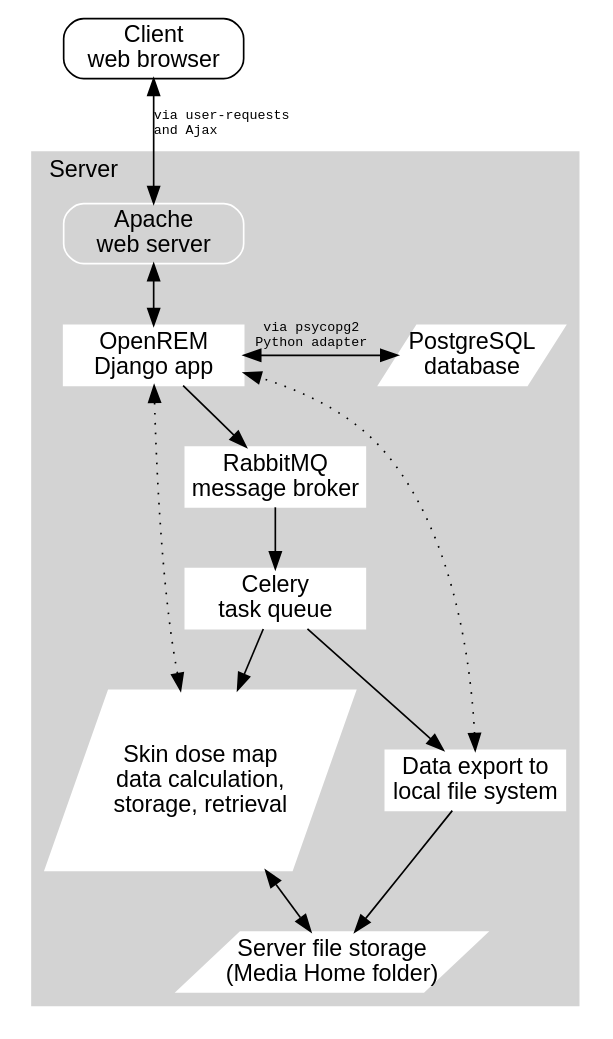
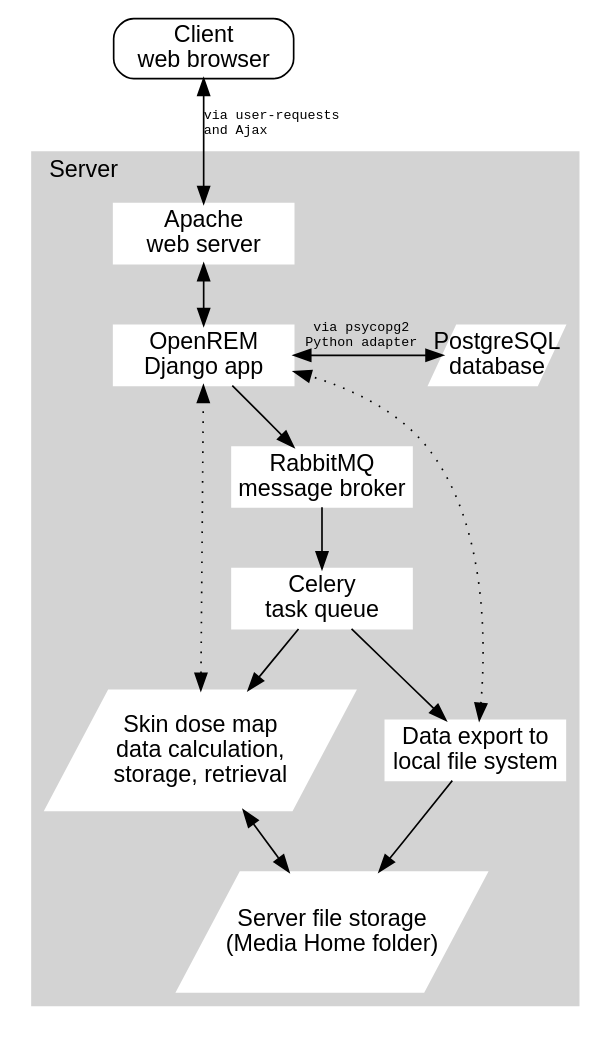
One commit to ckswilliams/modOpenREM changed the first of 2 diagrams in docs/testgraphviz.rst. Above: the diagram before and after it, drawn with Graphviz. The commit also changed other lines of this file, not shown here.

Commit message:
Trying to sort out size issue and some shapes. References issue #448

```diff
--- a/docs/testgraphviz.rst
+++ b/docs/testgraphviz.rst
@@ -7,46 +7,46 @@
 .. graphviz::
 
    digraph {
       node [fixedsize=true width=1.5];
 
       // Define the things on the server
       subgraph cluster_server {
          label="Server";
          tooltip="The server";
          labeljust=l;
          fontname="Helvetica";
          style=filled;
          color=lightgrey;
          node [style=filled color=white];
 
          // Define the nodes
-         webserver [label="Apache\nweb server" fontname="Helvetica" tooltip="Serve web pages to the user" shape="box" style="rounded"];
+         webserver [label="Apache\nweb server" fontname="Helvetica" tooltip="Serve web pages to the user" shape="box"];
          python_django [label="OpenREM\nDjango app" fontname="Helvetica" tooltip="Python web framework" shape="box"];
-         database [label="PostgreSQL\ndatabase" fontname="Helvetica" tooltip="Relational database management system" shape="parallelogram"];
+         database [label="PostgreSQL\ndatabase" fontname="Helvetica" tooltip="Relational database management system" shape="parallelogram" width="1.1"];
          rabbitmq [label="RabbitMQ\nmessage broker" fontname="Helvetica" tooltip="Message broker" shape="box"];
          celery [label="Celery\ntask queue" fontname="Helvetica" tooltip="Asynchronous task queue" shape="polygon sides=6"];
-         skin_dose_map_data [label="Skin dose map\ndata calculation,\nstorage, retrieval" fontname="Helvetica" tooltip="Calculate, store and retrieve skin dose map data" shape="parallelogram" width="2.5" height="1.5"];
-         server_media_folder [label="Server file storage\n(Media Home folder)" fontname="Helvetica" tooltip="File storage on the server" shape="parallelogram" width="2.5"];
+         skin_dose_map_data [label="Skin dose map\ndata calculation,\nstorage, retrieval" fontname="Helvetica" tooltip="Calculate, store and retrieve skin dose map data" shape="parallelogram" width="2.5" height="1.0"];
+         server_media_folder [label="Server file storage\n(Media Home folder)" fontname="Helvetica" tooltip="File storage on the server" shape="parallelogram" width="2.5" height="1.0"];
          data_export [label="Data export to\nlocal file system" fontname="Helvetica" tooltip="Files are made available to the user via a web page URL" shape="box"];
 
          // Define the links between the nodes
          webserver -> python_django [dir=both];
          python_django -> database [dir=both label="via psycopg2\nPython adapter" fontsize=8 fontname="Courier"];
          python_django -> rabbitmq;
          rabbitmq -> celery;
          celery -> skin_dose_map_data;
          celery -> data_export;
          skin_dose_map_data -> server_media_folder [dir=both];
          skin_dose_map_data -> python_django [style=dotted dir=both];
          data_export -> server_media_folder;
          data_export -> python_django [style=dotted dir=both];
 
          // Force python_django and the database to be on the same level
          {rank=same; python_django database}
          {rank=same; skin_dose_map_data data_export}
       }
 
       // Define the web browser
       web_browser [label="Client\nweb browser" fontname="Helvetica" tooltip="The user's web browser" shape="box" style=rounded];
       web_browser -> webserver [dir=both label="via user-requests\land Ajax\l" fontsize=8 fontname="Courier" tooltip="Ajax used to retrieve chart data"];
    }
```
